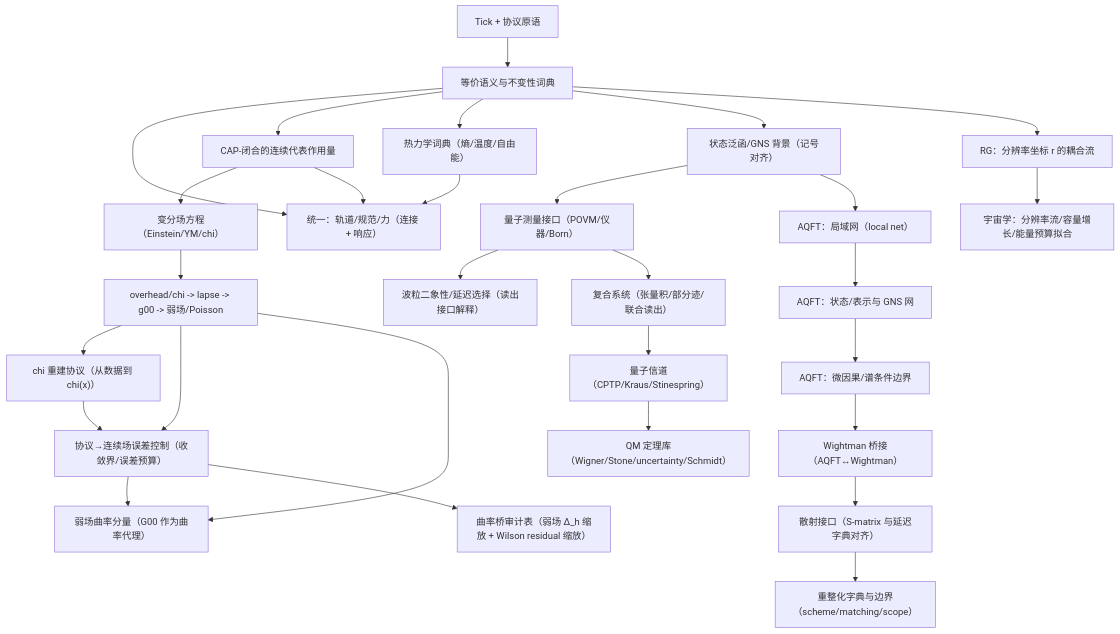
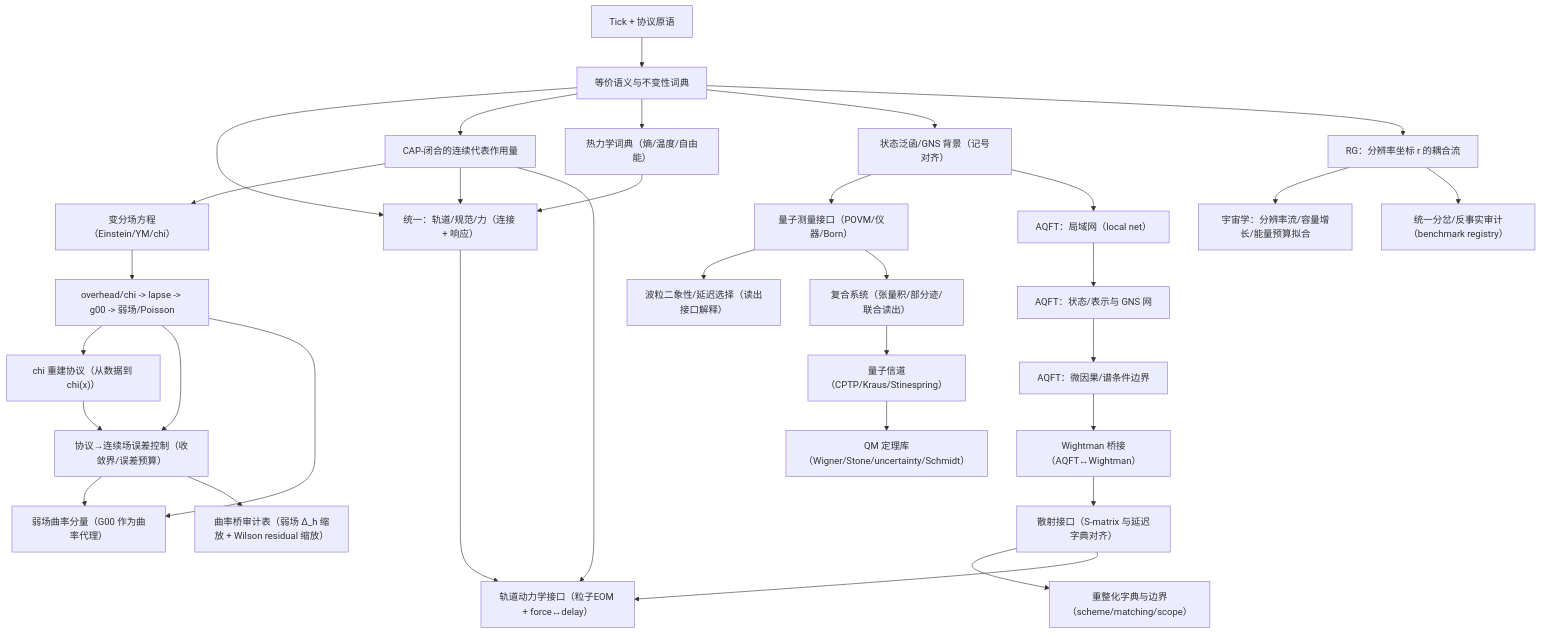
Before and after one commit to loning/the-omega: the diagram in docs/papers/2025_z128_standard_model_stable_sector_hpa_omega/theory_closure_tracker.md, drawn with Mermaid. The commit also changed other lines of this file and 6 other files, not shown here.

````diff
--- a/docs/papers/2025_z128_standard_model_stable_sector_hpa_omega/theory_closure_tracker.md
+++ b/docs/papers/2025_z128_standard_model_stable_sector_hpa_omega/theory_closure_tracker.md
@@ -44,31 +46,35 @@
 ```mermaid
 flowchart TD
   A["Tick + 协议原语"] --> B["等价语义与不变性词典"]
   B --> U["统一：轨道/规范/力（连接 + 响应）"]
   B --> C["CAP-闭合的连续代表作用量"]
   C --> D["变分场方程（Einstein/YM/chi）"]
   B --> E["热力学词典（熵/温度/自由能）"]
   C --> U
   E --> U
+  U --> U2["轨道动力学接口（粒子EOM + force↔delay）"]
+  C --> U2
   D --> F["overhead/chi -> lapse -> g00 -> 弱场/Poisson"]
   F --> G["chi 重建协议（从数据到 chi(x)）"]
   G --> K["协议→连续场误差控制（收敛界/误差预算）"]
   F --> K
   F --> L["弱场曲率分量（G00 作为曲率代理）"]
   K --> L
   K --> T["曲率桥审计表（弱场 Δ_h 缩放 + Wilson residual 缩放）"]
   B --> H0["状态泛函/GNS 背景（记号对齐）"]
   H0 --> H["量子测量接口（POVM/仪器/Born）"]
   H --> H2["波粒二象性/延迟选择（读出接口解释）"]
   H --> H3["复合系统（张量积/部分迹/联合读出）"]
   H3 --> H4["量子信道（CPTP/Kraus/Stinespring）"]
   H4 --> H5["QM 定理库（Wigner/Stone/uncertainty/Schmidt）"]
   H0 --> Q1["AQFT：局域网（local net）"]
   Q1 --> Q2["AQFT：状态/表示与 GNS 网"]
   Q2 --> Q3["AQFT：微因果/谱条件边界"]
   Q3 --> Q4["Wightman 桥接（AQFT↔Wightman）"]
   Q4 --> Q5["散射接口（S-matrix 与延迟字典对齐）"]
   Q5 --> Q6["重整化字典与边界（scheme/matching/scope）"]
+  Q5 --> U2
   B --> I["RG：分辨率坐标 r 的耦合流"]
   I --> J["宇宙学：分辨率流/容量增长/能量预算拟合"]
+  I --> U3["统一分岔/反事实审计（benchmark registry）"]
 ```
````
